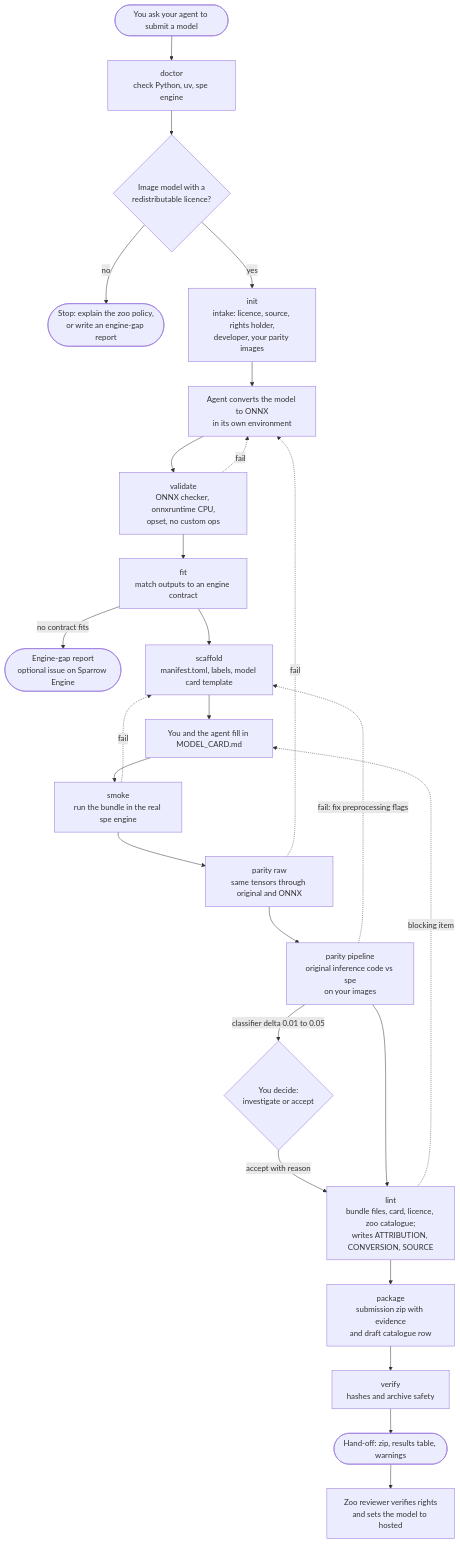
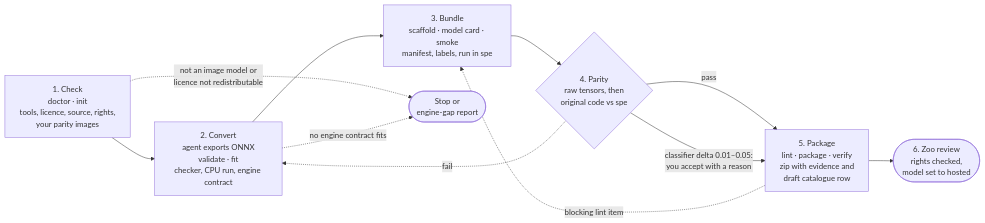
Before and after one commit to microsoft/Sparrow-Model-Zoo-Uploader: the diagram in README.md, drawn with Mermaid. The commit also changed other lines of this file, not shown here.

Commit message:
docs: condense README pipeline flowchart into six stages
The 18-node top-down chart was too tall to read; group steps into stages
with their commands listed, keep exits, loops and the decision band.

Copilot-Session: cd7c5293-0cb1-4a8a-8339-d1855b4caaaa

````diff
--- a/README.md
+++ b/README.md
@@ -28,29 +28,13 @@
 ```mermaid
-flowchart TD
-    A([You ask your agent to submit a model]) --> B[doctor<br/>check Python, uv, spe engine]
-    B --> C{Image model with a<br/>redistributable licence?}
-    C -- no --> X1([Stop: explain the zoo policy,<br/>or write an engine-gap report])
-    C -- yes --> D[init<br/>intake: licence, source, rights holder,<br/>developer, your parity images]
-    D --> E[Agent converts the model to ONNX<br/>in its own environment]
-    E --> F[validate<br/>ONNX checker, onnxruntime CPU,<br/>opset, no custom ops]
-    F --> G[fit<br/>match outputs to an engine contract]
-    G -- no contract fits --> X2([Engine-gap report<br/>optional issue on Sparrow Engine])
-    G --> H[scaffold<br/>manifest.toml, labels, model card template]
-    H --> I[You and the agent fill in MODEL_CARD.md]
-    I --> J[smoke<br/>run the bundle in the real spe engine]
-    J --> K[parity raw<br/>same tensors through original and ONNX]
-    K --> L[parity pipeline<br/>original inference code vs spe<br/>on your images]
-    L -- classifier delta 0.01 to 0.05 --> M{You decide:<br/>investigate or accept}
-    M -- accept with reason --> N
-    L --> N[lint<br/>bundle files, card, licence, zoo catalogue;<br/>writes ATTRIBUTION, CONVERSION, SOURCE]
-    N --> O[package<br/>submission zip with evidence<br/>and draft catalogue row]
-    O --> P[verify<br/>hashes and archive safety]
-    P --> Q([Hand-off: zip, results table, warnings])
-    Q --> R[Zoo reviewer verifies rights<br/>and sets the model to hosted]
-
-    F -. fail .-> E
-    J -. fail .-> H
-    K -. fail .-> E
-    L -. fail: fix preprocessing flags .-> H
-    N -. blocking item .-> I
+flowchart LR
+    A[1. Check<br/>doctor · init<br/>tools, licence, source, rights,<br/>your parity images] --> B[2. Convert<br/>agent exports ONNX<br/>validate · fit<br/>checker, CPU run, engine contract]
+    B --> C[3. Bundle<br/>scaffold · model card · smoke<br/>manifest, labels, run in spe]
+    C --> D{4. Parity<br/>raw tensors, then<br/>original code vs spe}
+    D -- pass --> E[5. Package<br/>lint · package · verify<br/>zip with evidence and<br/>draft catalogue row]
+    D -- classifier delta 0.01–0.05:<br/>you accept with a reason --> E
+    E --> F([6. Zoo review<br/>rights checked,<br/>model set to hosted])
+    A -. not an image model or<br/>licence not redistributable .-> X([Stop or<br/>engine-gap report])
+    B -. no engine contract fits .-> X
+    D -. fail .-> B
+    E -. blocking lint item .-> C
 ```
````
